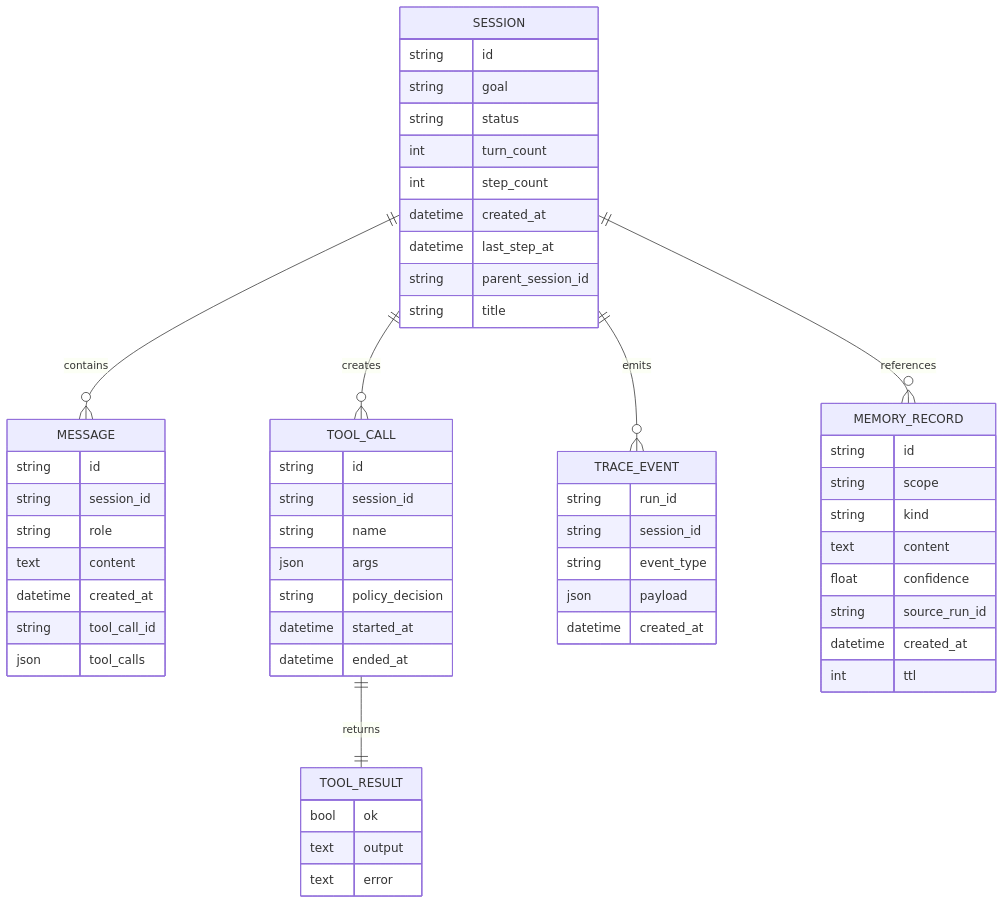
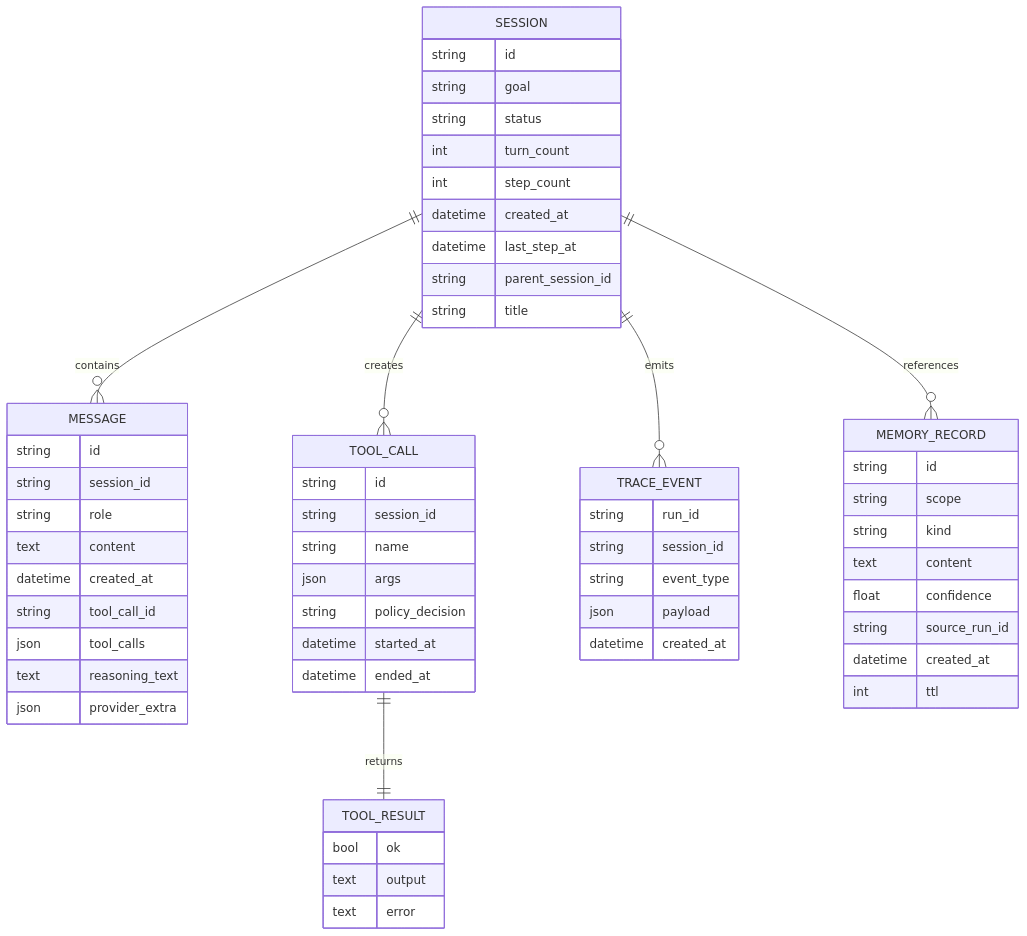
Before and after one commit to zhumengzhu/HarnessLab: the diagram in docs/architecture/data-model.md, drawn with Mermaid. The commit also changed other lines of this file and 15 other files, not shown here.

````diff
--- a/docs/architecture/data-model.md
+++ b/docs/architecture/data-model.md
@@ -10,60 +10,62 @@
 ```mermaid
 erDiagram
     SESSION ||--o{ MESSAGE : contains
     SESSION ||--o{ TOOL_CALL : creates
     SESSION ||--o{ TRACE_EVENT : emits
     TOOL_CALL ||--|| TOOL_RESULT : returns
     SESSION ||--o{ MEMORY_RECORD : references
 
     SESSION {
       string id
       string goal
       string status
       int turn_count
       int step_count
       datetime created_at
       datetime last_step_at
       string parent_session_id
       string title
     }
     MESSAGE {
       string id
       string session_id
       string role
       text content
       datetime created_at
       string tool_call_id
       json tool_calls
+      text reasoning_text
+      json provider_extra
     }
     TOOL_CALL {
       string id
       string session_id
       string name
       json args
       string policy_decision
       datetime started_at
       datetime ended_at
     }
     TOOL_RESULT {
       bool ok
       text output
       text error
     }
     TRACE_EVENT {
       string run_id
       string session_id
       string event_type
       json payload
       datetime created_at
     }
     MEMORY_RECORD {
       string id
       string scope
       string kind
       text content
       float confidence
       string source_run_id
       datetime created_at
       int ttl
     }
 ```
````
